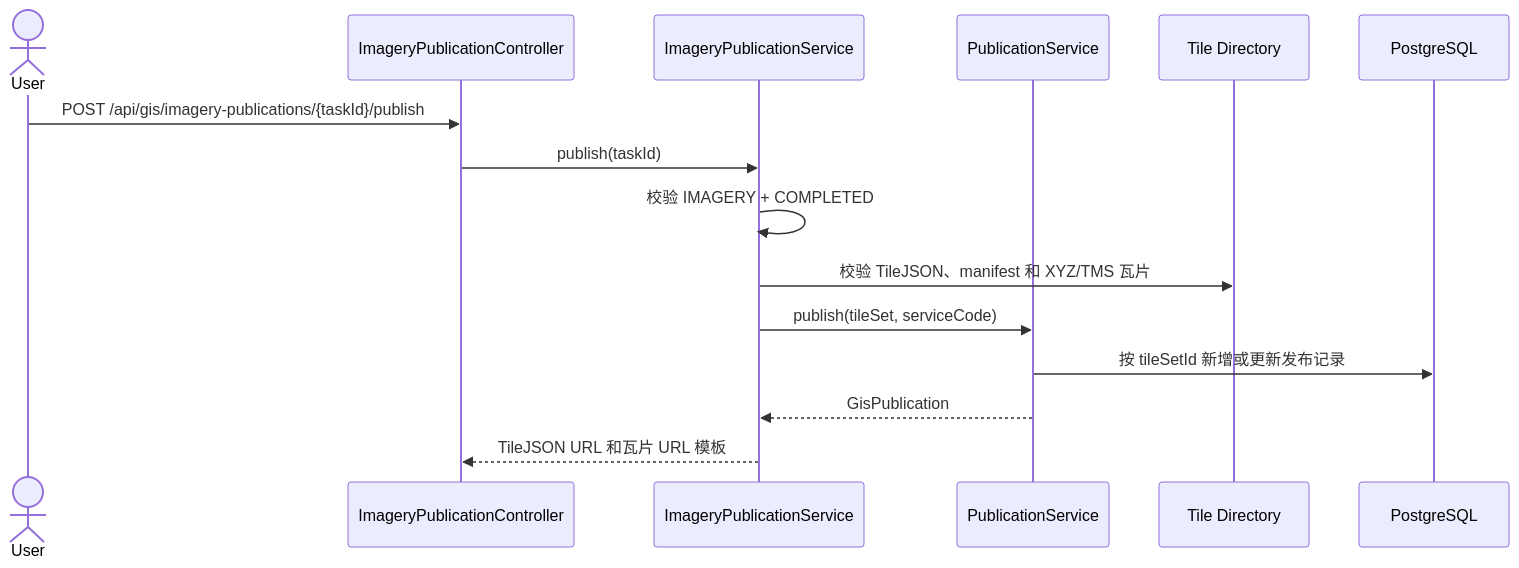
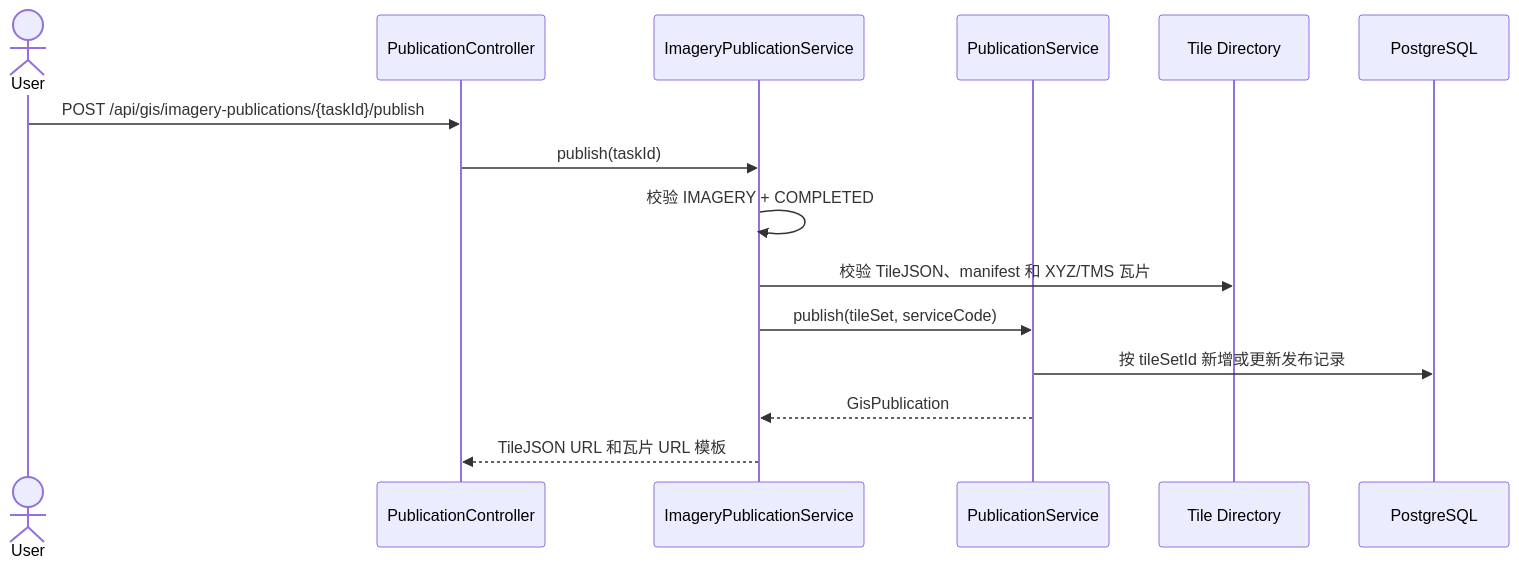
One commit to ch-dpf/Ocean_Admin_Service changed the second of 2 diagrams in docs/imagery-publication-uml.md. Above: the diagram before and after it, drawn with Mermaid. The commit also changed other lines of this file and 6 other files, not shown here.

````diff
--- a/docs/imagery-publication-uml.md
+++ b/docs/imagery-publication-uml.md
@@ -56,18 +59,18 @@
 ```mermaid
 sequenceDiagram
     actor User
-    participant API as ImageryPublicationController
+    participant API as PublicationController
     participant TypeService as ImageryPublicationService
     participant CommonService as PublicationService
     participant FS as Tile Directory
     participant DB as PostgreSQL
 
     User->>API: POST /api/gis/imagery-publications/{taskId}/publish
     API->>TypeService: publish(taskId)
     TypeService->>TypeService: 校验 IMAGERY + COMPLETED
     TypeService->>FS: 校验 TileJSON、manifest 和 XYZ/TMS 瓦片
     TypeService->>CommonService: publish(tileSet, serviceCode)
     CommonService->>DB: 按 tileSetId 新增或更新发布记录
     CommonService-->>TypeService: GisPublication
     TypeService-->>API: TileJSON URL 和瓦片 URL 模板
 ```
````
